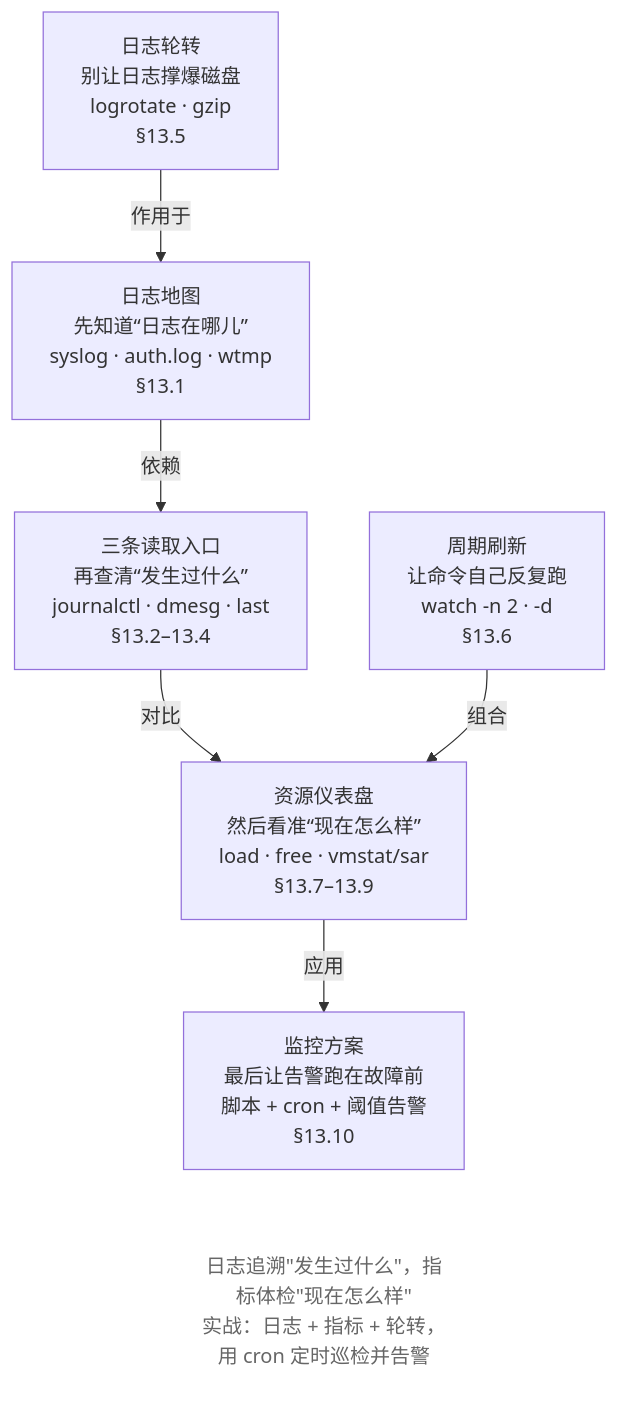
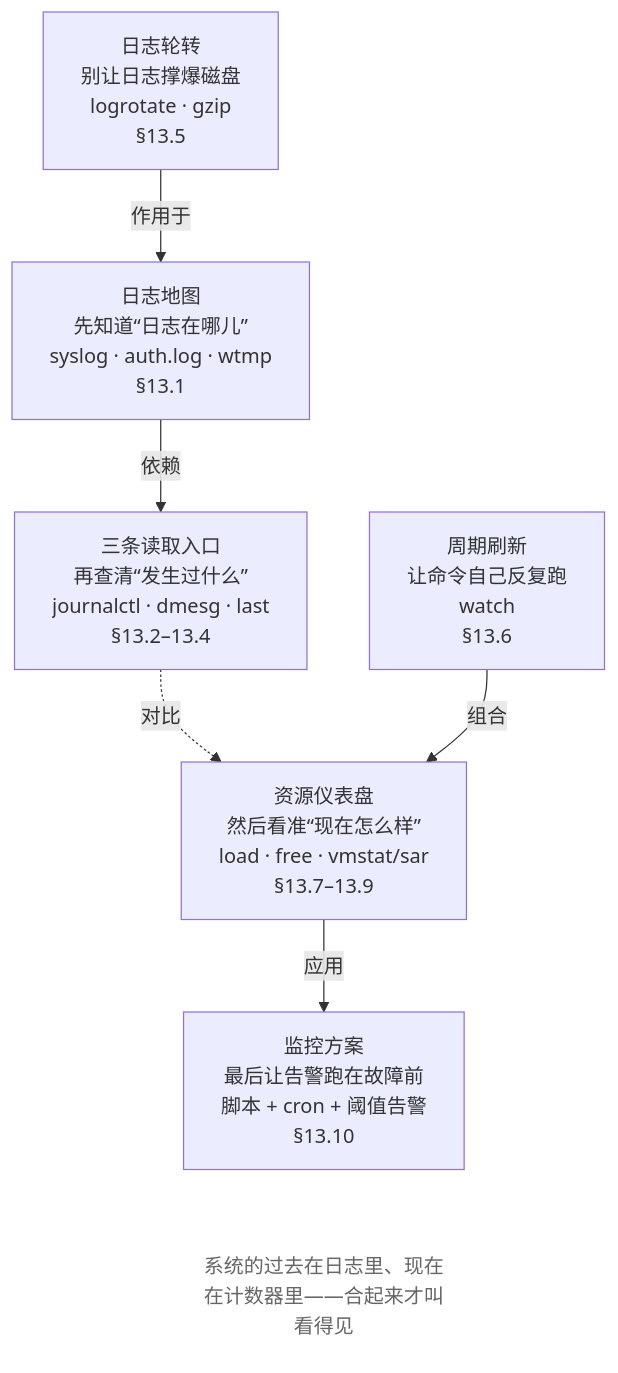
Before and after one commit to wangxiangnan/wangxiangnan.github.io: the first of 2 diagrams in src/linux-command/ch13.md, drawn with Mermaid. The commit also changed other lines of this file and 25 other files, not shown here.

````diff
--- a/src/linux-command/ch13.md
+++ b/src/linux-command/ch13.md
@@ -14,20 +14,20 @@
 ```mermaid
 flowchart TB
     A["日志地图<br>先知道“日志在哪儿”<br>syslog · auth.log · wtmp<br>§13.1"]
     B["日志轮转<br>别让日志撑爆磁盘<br>logrotate · gzip<br>§13.5"]
     C["三条读取入口<br>再查清“发生过什么”<br>journalctl · dmesg · last<br>§13.2–13.4"]
     D["资源仪表盘<br>然后看准“现在怎么样”<br>load · free · vmstat/sar<br>§13.7–13.9"]
-    E["周期刷新<br>让命令自己反复跑<br>watch -n 2 · -d<br>§13.6"]
+    E["周期刷新<br>让命令自己反复跑<br>watch<br>§13.6"]
     F["监控方案<br>最后让告警跑在故障前<br>脚本 + cron + 阈值告警<br>§13.10"]
-    NOTE["日志追溯#quot;发生过什么#quot;，指标体检#quot;现在怎么样#quot;<br>实战：日志 + 指标 + 轮转，用 cron 定时巡检并告警"]
+    NOTE["系统的过去在日志里、现在在计数器里——合起来才叫看得见"]
 
     B -->|作用于| A
     A -->|依赖| C
-    C -->|对比| D
+    C -.->|对比| D
     E -->|组合| D
     D -->|应用| F
     F ~~~ NOTE
 
     classDef note fill:none,stroke:none,color:#666
     class NOTE note
 ```
````
